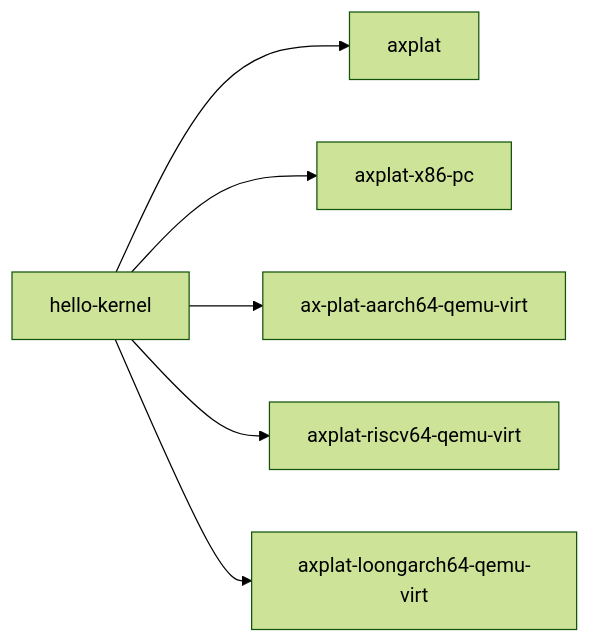
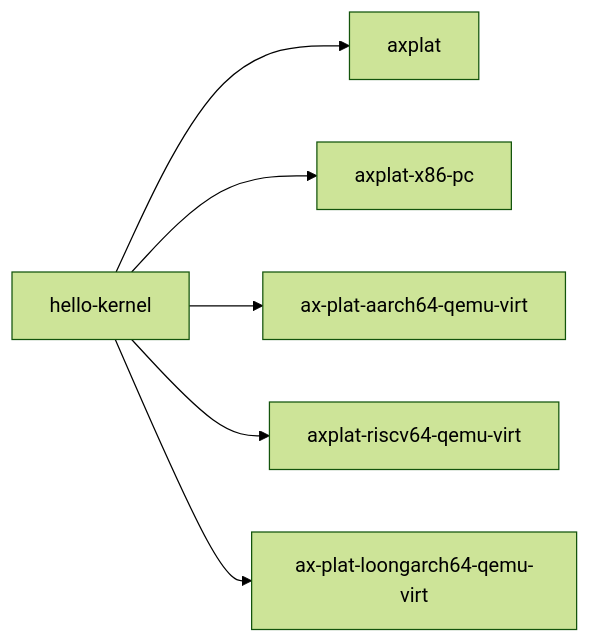
The second of 2 diagrams in docs/crates/hello-kernel.md (zKurisu/tgoskits), drawn with Mermaid (forest theme) before and after one commit. The commit also changed other lines of this file and 34 other files, not shown here.

Commit message:
rename axplat-loongarch64-qemu-virt to ax-plat-loongarch64-qemu-virt

````diff
--- a/docs/crates/hello-kernel.md
+++ b/docs/crates/hello-kernel.md
@@ -78,8 +78,8 @@
 ```mermaid
 graph LR
     sample["hello-kernel"] --> axplat["axplat"]
     sample --> x86["axplat-x86-pc"]
     sample --> a64["ax-plat-aarch64-qemu-virt"]
     sample --> rv["axplat-riscv64-qemu-virt"]
-    sample --> loong["axplat-loongarch64-qemu-virt"]
+    sample --> loong["ax-plat-loongarch64-qemu-virt"]
 ```
````
